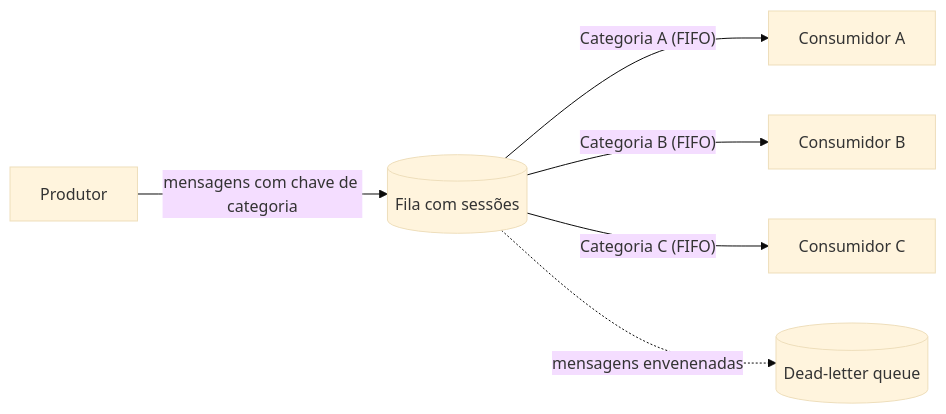
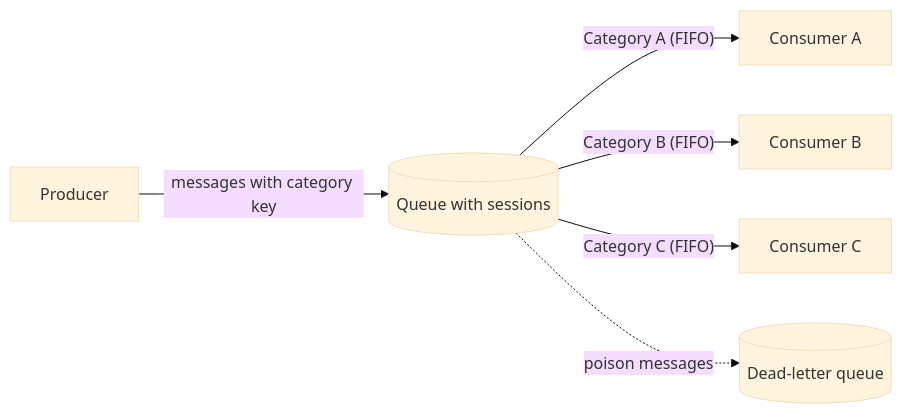
Before and after one commit to alancesar/design-patterns: the diagram in docs/cloud/cloud-design-patterns/messaging/sequential-convoy.md, drawn with Mermaid (base theme). The commit also changed 258 other files, not shown here.

First line of the commit message:
Translate Mermaid diagrams to English

````diff
--- a/docs/cloud/cloud-design-patterns/messaging/sequential-convoy.md
+++ b/docs/cloud/cloud-design-patterns/messaging/sequential-convoy.md
@@ -60,8 +60,8 @@
 ```mermaid
 flowchart LR
-    P[Produtor] -->|"mensagens com chave de categoria"| Q[("Fila com sessões")]
-    Q -->|"Categoria A (FIFO)"| CA[Consumidor A]
-    Q -->|"Categoria B (FIFO)"| CB[Consumidor B]
-    Q -->|"Categoria C (FIFO)"| CC[Consumidor C]
-    Q -.->|"mensagens envenenadas"| DLQ[("Dead-letter queue")]
+    P[Producer] -->|"messages with category key"| Q[("Queue with sessions")]
+    Q -->|"Category A (FIFO)"| CA[Consumer A]
+    Q -->|"Category B (FIFO)"| CB[Consumer B]
+    Q -->|"Category C (FIFO)"| CC[Consumer C]
+    Q -.->|"poison messages"| DLQ[("Dead-letter queue")]
 ```
````
